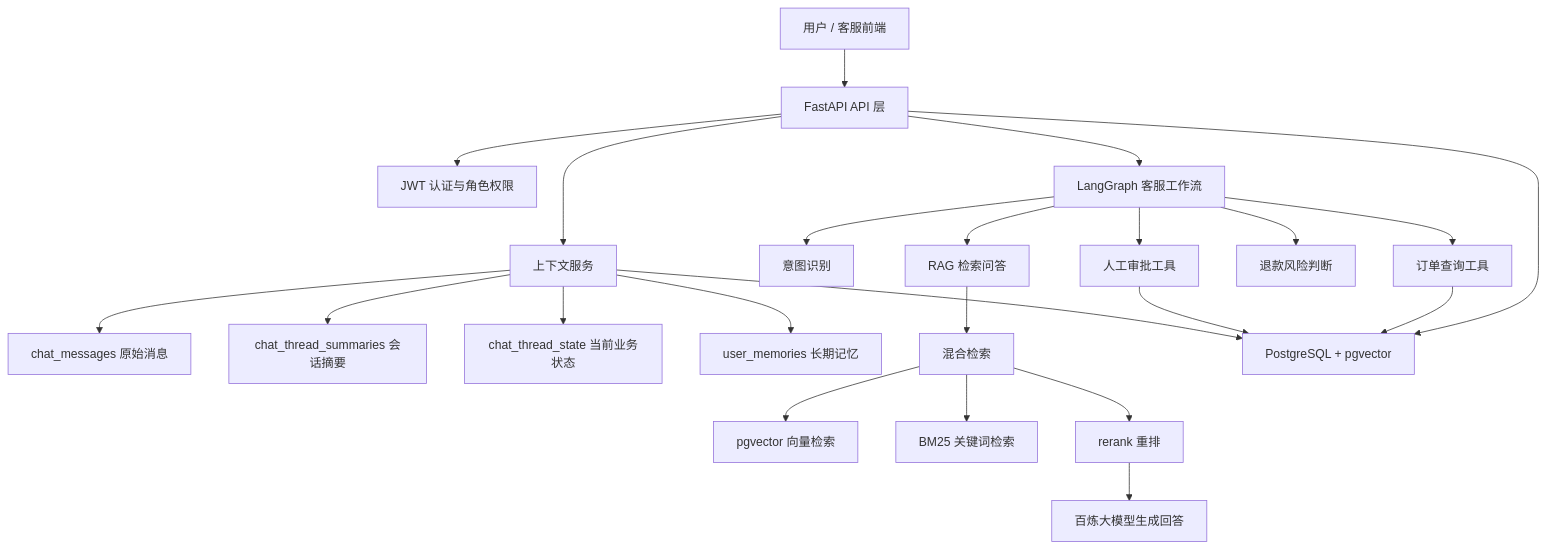
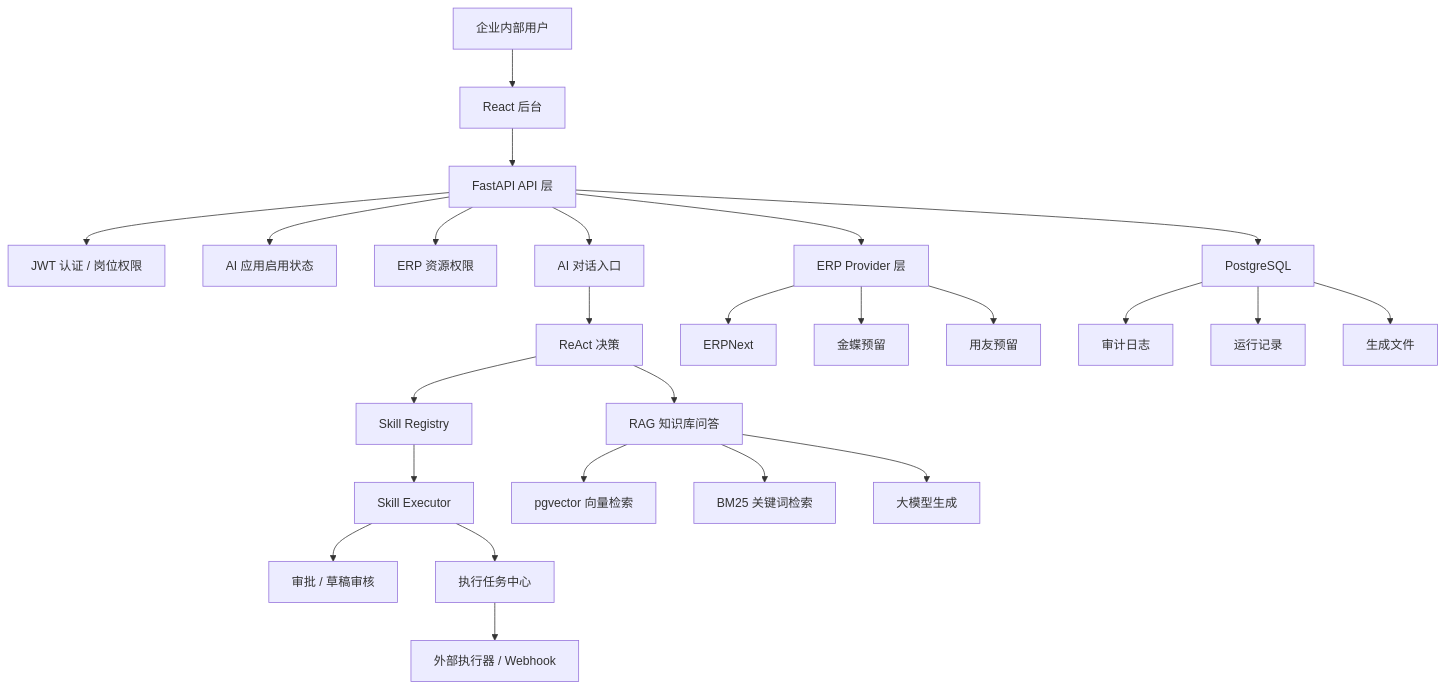
Before and after one commit to happy11233/AI-automated-back-end-management-system: the diagram in README.md, drawn with Mermaid. The commit also changed other lines of this file and 168 other files, not shown here.

````diff
--- a/README.md
+++ b/README.md
@@ -27,28 +38,33 @@
 ```mermaid
 flowchart TD
-    U["用户 / 客服前端"] --> API["FastAPI API 层"]
-    API --> AUTH["JWT 认证与角色权限"]
-    API --> CTX["上下文服务"]
-    CTX --> CM["chat_messages 原始消息"]
-    CTX --> CS["chat_thread_summaries 会话摘要"]
-    CTX --> ST["chat_thread_state 当前业务状态"]
-    CTX --> MEM["user_memories 长期记忆"]
+    U["企业内部用户"] --> FE["React 后台"]
+    FE --> API["FastAPI API 层"]
 
-    API --> G["LangGraph 客服工作流"]
-    G --> INTENT["意图识别"]
-    G --> ORDER["订单查询工具"]
-    G --> RAG["RAG 检索问答"]
-    G --> RISK["退款风险判断"]
-    G --> APPROVAL["人工审批工具"]
+    API --> AUTH["JWT 认证 / 岗位权限"]
+    API --> APPPERM["AI 应用启用状态"]
+    API --> ERPACL["ERP 资源权限"]
 
-    RAG --> HYBRID["混合检索"]
-    HYBRID --> VEC["pgvector 向量检索"]
-    HYBRID --> BM25["BM25 关键词检索"]
-    HYBRID --> RR["rerank 重排"]
-    RR --> LLM["百炼大模型生成回答"]
+    API --> CHAT["AI 对话入口"]
+    CHAT --> REACT["ReAct 决策"]
+    REACT --> RAG["RAG 知识库问答"]
+    REACT --> SKILL["Skill Registry"]
+    SKILL --> EXEC["Skill Executor"]
 
-    API --> DB["PostgreSQL + pgvector"]
-    ORDER --> DB
-    APPROVAL --> DB
-    CTX --> DB
+    EXEC --> APPROVAL["审批 / 草稿审核"]
+    EXEC --> TASK["执行任务中心"]
+    TASK --> EXT["外部执行器 / Webhook"]
+
+    API --> ERP["ERP Provider 层"]
+    ERP --> ERPNEXT["ERPNext"]
+    ERP --> KINGDEE["金蝶预留"]
+    ERP --> YONYOU["用友预留"]
+
+    RAG --> VECTOR["pgvector 向量检索"]
+    RAG --> BM25["BM25 关键词检索"]
+    RAG --> LLM["大模型生成"]
+
+    API --> DB["PostgreSQL"]
+    DB --> AUDIT["审计日志"]
+    DB --> RUN["运行记录"]
+    DB --> FILES["生成文件"]
 ```
````
